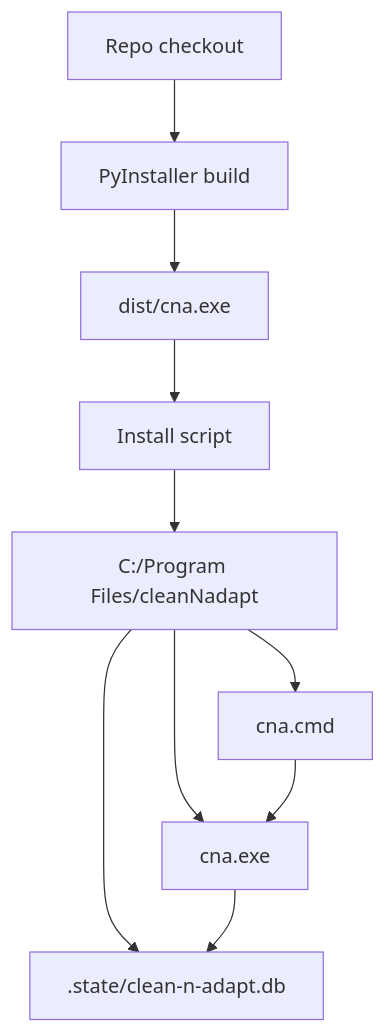
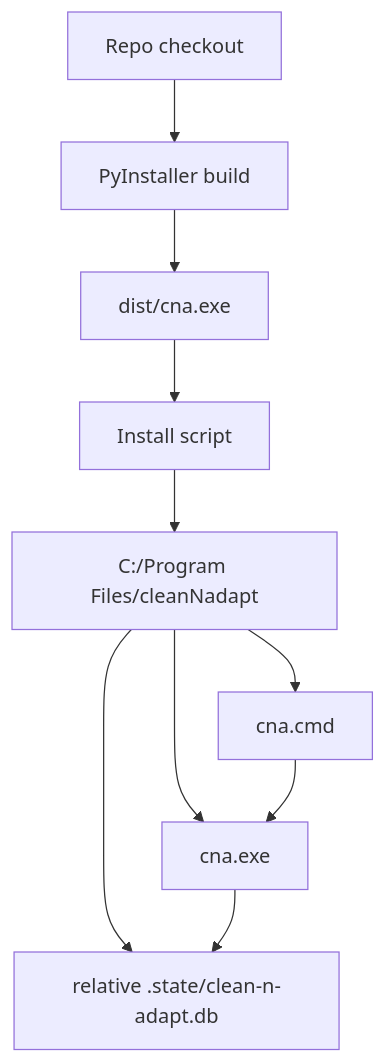
Before and after one commit to snehil-pandey/clean-n-adapt: the second of 7 diagrams in ARCHITECTURE.md, drawn with Mermaid. The commit also changed 4 other files, not shown here.

````diff
--- a/ARCHITECTURE.md
+++ b/ARCHITECTURE.md
@@ -21,12 +21,12 @@
 ```mermaid
 flowchart TD
     Source["Repo checkout"] --> Build["PyInstaller build"]
     Build --> Exe["dist/cna.exe"]
     Exe --> Install["Install script"]
     Install --> ProgramFiles["C:/Program Files/cleanNadapt"]
     ProgramFiles --> RuntimeExe["cna.exe"]
     ProgramFiles --> Launcher["cna.cmd"]
-    ProgramFiles --> State[".state/clean-n-adapt.db"]
+    ProgramFiles --> State["relative .state/clean-n-adapt.db"]
     Launcher --> RuntimeExe
     RuntimeExe --> State
 ```
````
